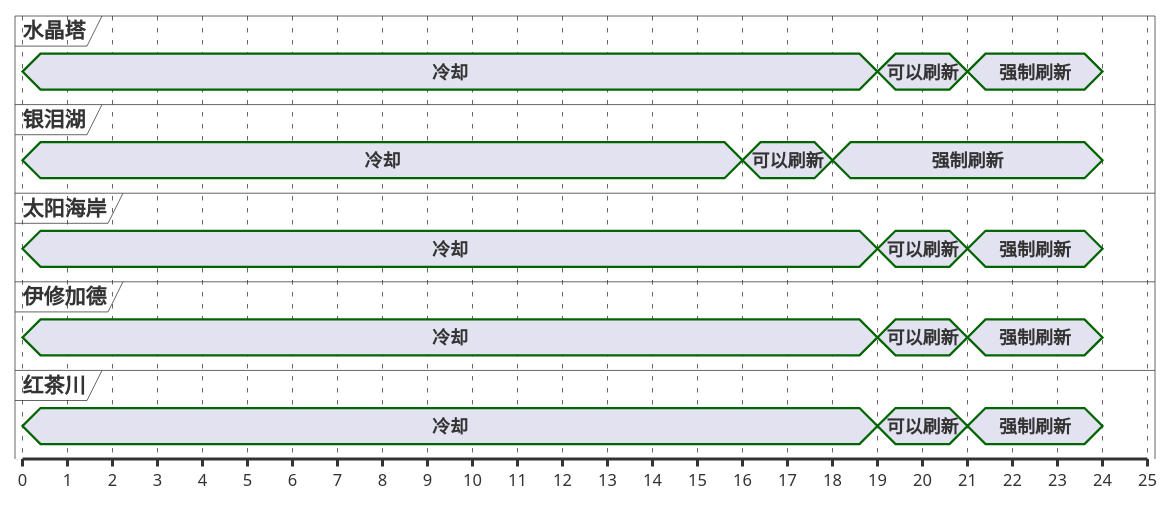
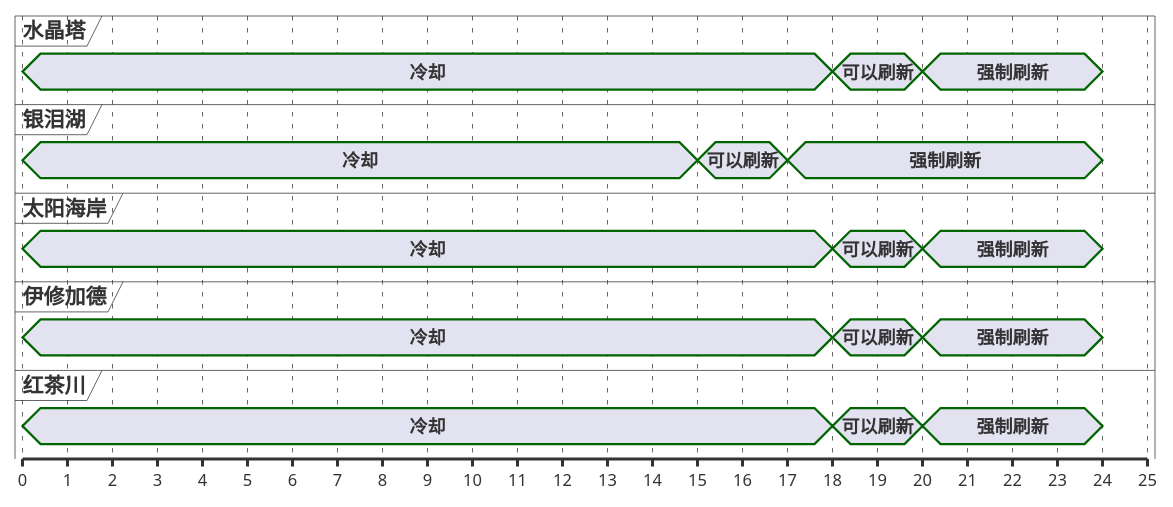
The fourth of 13 diagrams in ffxiv/hunt/2.0/Mindflayer.md (Eroleice/doc-pi), drawn with PlantUML before and after one commit. The commit also changed other lines of this file and 38 other files, not shown here.

````diff
--- a/ffxiv/hunt/2.0/Mindflayer.md
+++ b/ffxiv/hunt/2.0/Mindflayer.md
@@ -224,42 +224,42 @@
 ```plantuml
 @startuml
 scale 1 as 30 pixels
 
 concise 水晶塔
 concise 银泪湖
 concise 太阳海岸
 concise 伊修加德
 concise 红茶川
 
 @银泪湖
 0 is 冷却
-16 is 可以刷新
-18 is 强制刷新
+15 is 可以刷新
+17 is 强制刷新
 24 is {hidden}
 
 @太阳海岸
 0 is 冷却
-19 is 可以刷新
-21 is 强制刷新
+18 is 可以刷新
+20 is 强制刷新
 24 is {hidden}
 
 @水晶塔
 0 is 冷却
-19 is 可以刷新
-21 is 强制刷新
+18 is 可以刷新
+20 is 强制刷新
 24 is {hidden}
 
 @红茶川
 0 is 冷却
-19 is 可以刷新
-21 is 强制刷新
+18 is 可以刷新
+20 is 强制刷新
 24 is {hidden}
 
 @伊修加德
 0 is 冷却
-19 is 可以刷新
-21 is 强制刷新
+18 is 可以刷新
+20 is 强制刷新
 24 is {hidden}
 
 @enduml
 ```
````
